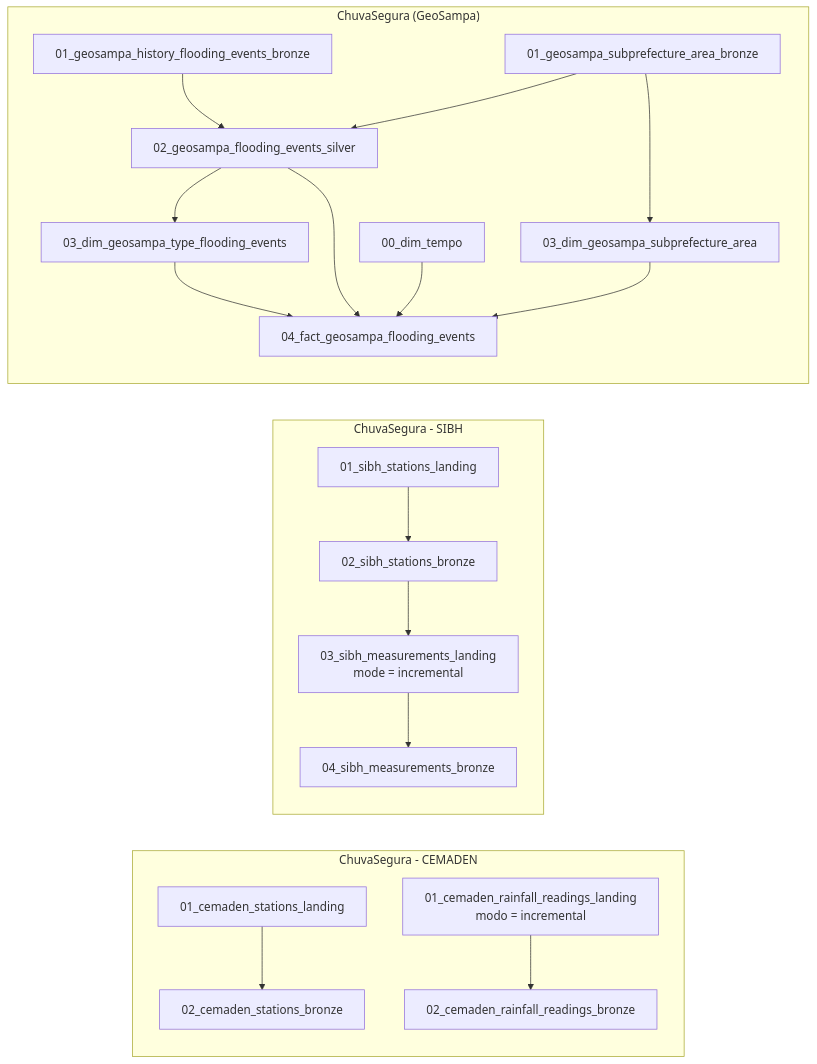
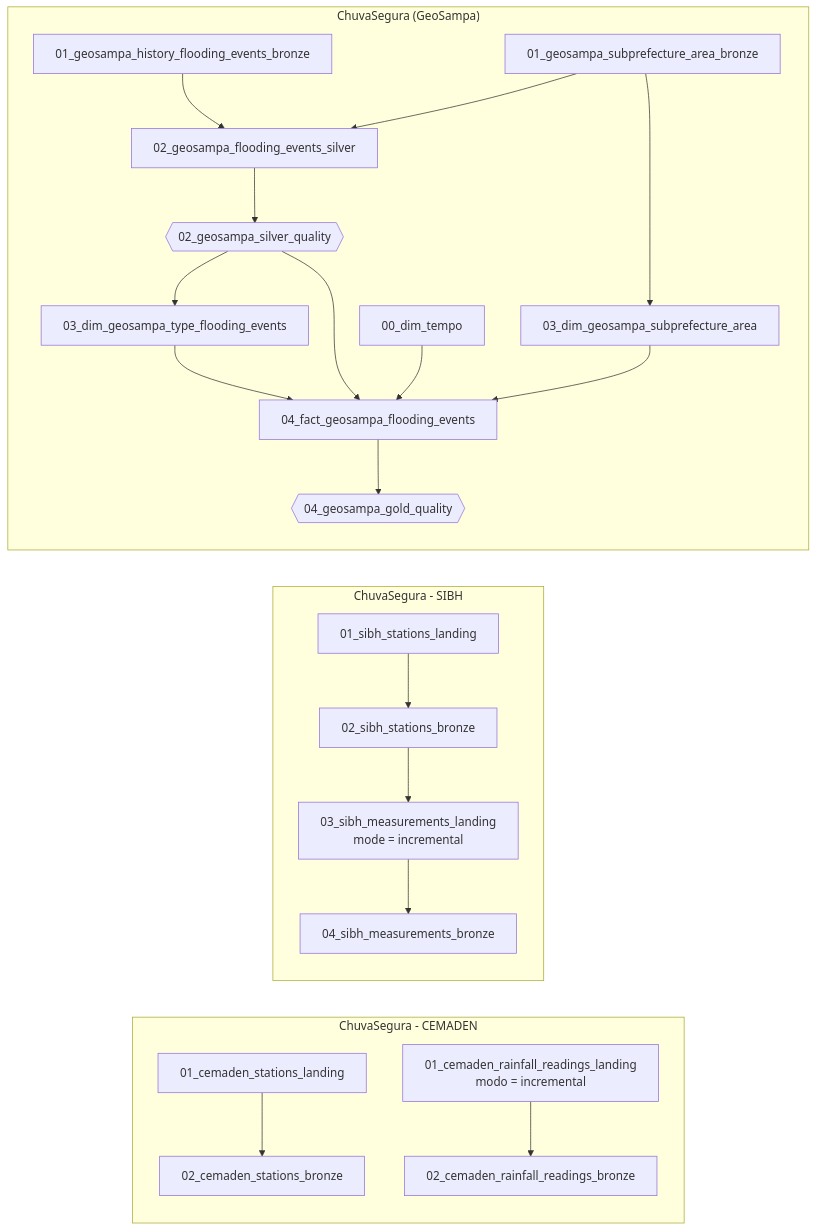
The second of 2 diagrams in README.md (juniorOnData/FIAP-GS2-2TSCPV-2026), drawn with Mermaid before and after one commit. The commit also changed other lines of this file and 4 other files, not shown here.

````diff
--- a/README.md
+++ b/README.md
@@ -194,20 +200,22 @@
 ```mermaid
 flowchart LR
   subgraph cemaden["ChuvaSegura - CEMADEN"]
     C1[01_cemaden_stations_landing] --> C2[02_cemaden_stations_bronze]
     C3[01_cemaden_rainfall_readings_landing<br/>modo = incremental] --> C4[02_cemaden_rainfall_readings_bronze]
   end
   subgraph sibh["ChuvaSegura - SIBH"]
     S1[01_sibh_stations_landing] --> S2[02_sibh_stations_bronze] --> S3[03_sibh_measurements_landing<br/>mode = incremental] --> S4[04_sibh_measurements_bronze]
   end
   subgraph geosampa["ChuvaSegura (GeoSampa)"]
     G1[01_geosampa_history_flooding_events_bronze] --> G3[02_geosampa_flooding_events_silver]
     G2[01_geosampa_subprefecture_area_bronze] --> G3
     G2 --> G4[03_dim_geosampa_subprefecture_area]
-    G3 --> G5[03_dim_geosampa_type_flooding_events]
-    G3 --> G6[04_fact_geosampa_flooding_events]
+    G3 --> Q1{{02_geosampa_silver_quality}}
+    Q1 --> G5[03_dim_geosampa_type_flooding_events]
+    Q1 --> G6[04_fact_geosampa_flooding_events]
     G4 --> G6
     G5 --> G6
     T0[00_dim_tempo] --> G6
+    G6 --> Q2{{04_geosampa_gold_quality}}
   end
 ```
````
